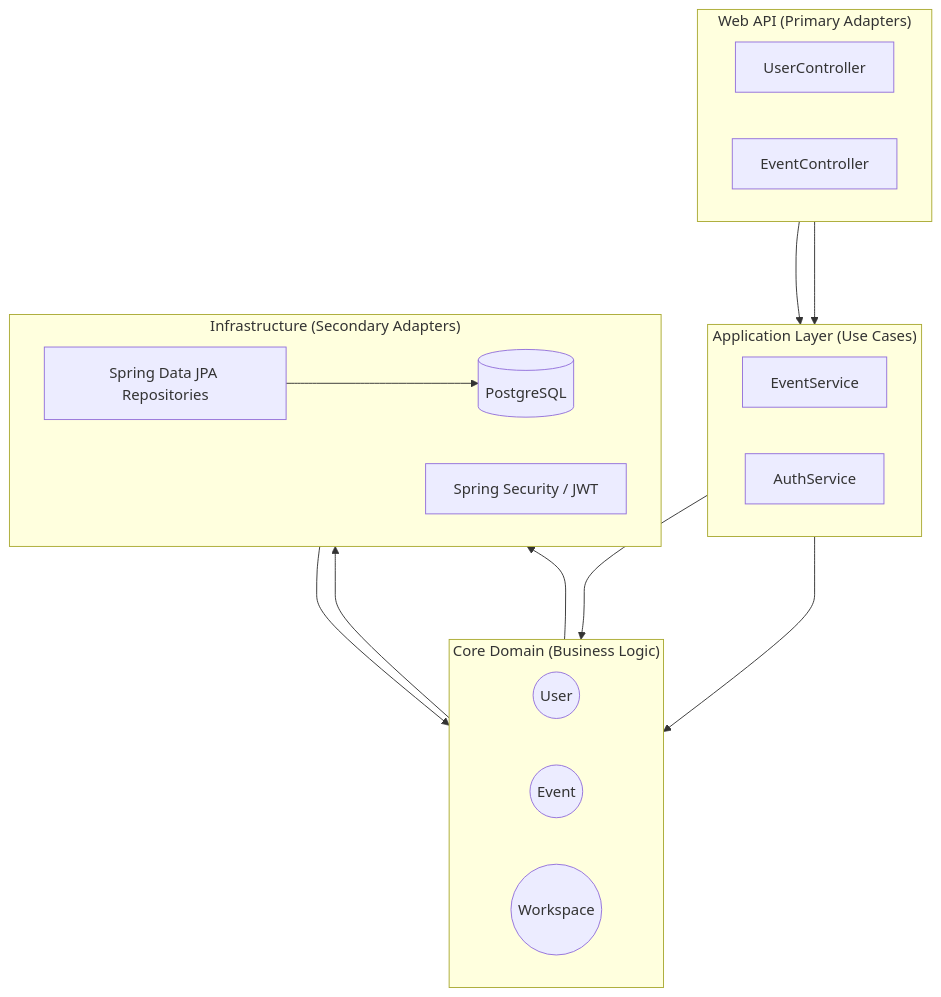
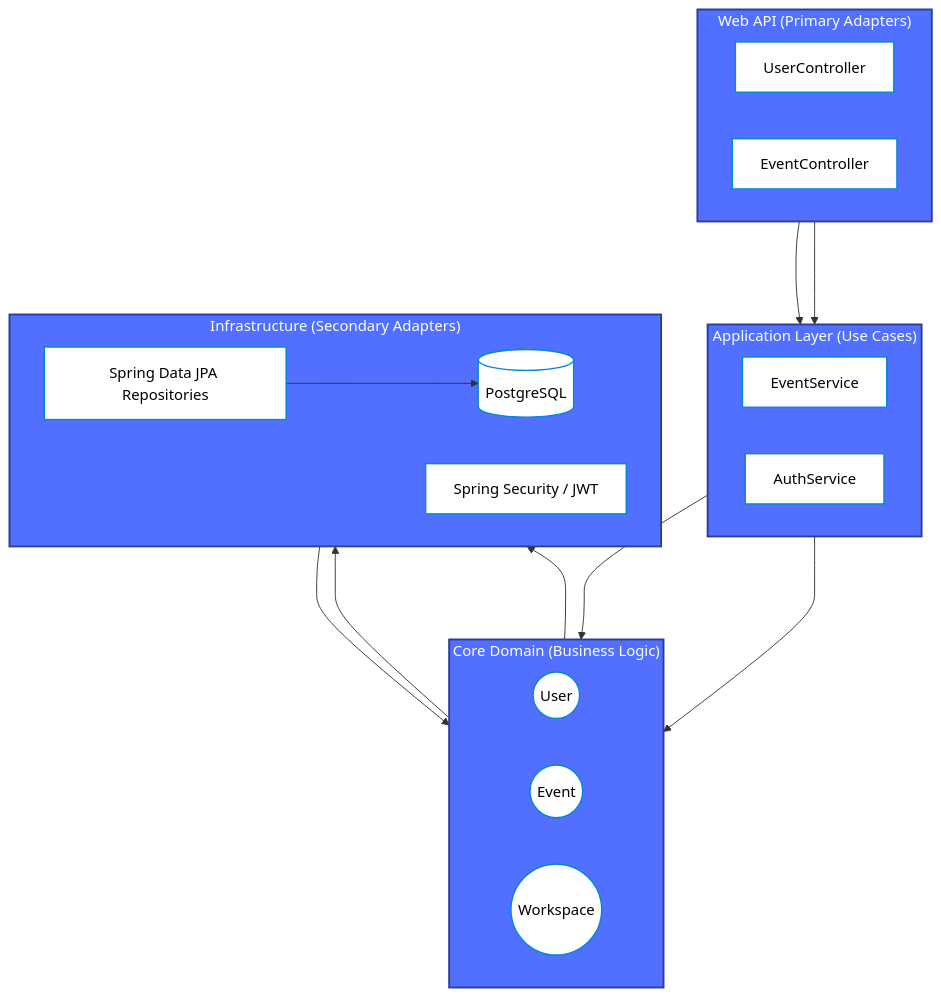
The first of 2 diagrams in README.md (LorenzoSarti22/HackHubApplication), drawn with Mermaid before and after one commit. The commit also changed 3 other files, not shown here.

````diff
--- a/README.md
+++ b/README.md
@@ -28,37 +28,43 @@
 ```mermaid
 graph TD
-    subgraph Primary Adapters ["Web API (Primary Adapters)"]
+    subgraph PrimaryAdapters ["Web API (Primary Adapters)"]
         direction LR
         UserController[UserController]
         EventController[EventController]
     end
 
-    subgraph Application ["Application Layer (Use Cases)"]
+    subgraph ApplicationLayer ["Application Layer (Use Cases)"]
         direction LR
         EventService[EventService]
         AuthService[AuthService]
     end
 
-    subgraph Domain ["Core Domain (Business Logic)"]
+    subgraph CoreDomain ["Core Domain (Business Logic)"]
         direction LR
         User((User))
         Event((Event))
         Workspace((Workspace))
     end
 
-    subgraph Secondary Adapters ["Infrastructure (Secondary Adapters)"]
+    subgraph SecondaryAdapters ["Infrastructure (Secondary Adapters)"]
         direction LR
         JPA[Spring Data JPA Repositories]
         Security[Spring Security / JWT]
         DB[(PostgreSQL)]
     end
 
     UserController ---> AuthService
     EventController ---> EventService
     AuthService ---> User
     EventService ---> Event
     User ---> JPA
     Event ---> JPA
     JPA ---> DB
-    Security ---> Domain
+    Security ---> CoreDomain
+    
+    classDef default fill:#ffffff,stroke:#0288d1,stroke-width:1.5px,color:#000000;
+    style PrimaryAdapters fill:#5170ff,stroke:#2b3c99,stroke-width:2px,color:#ffffff
+    style ApplicationLayer fill:#5170ff,stroke:#2b3c99,stroke-width:2px,color:#ffffff
+    style CoreDomain fill:#5170ff,stroke:#2b3c99,stroke-width:2px,color:#ffffff
+    style SecondaryAdapters fill:#5170ff,stroke:#2b3c99,stroke-width:2px,color:#ffffff
 ```
````
